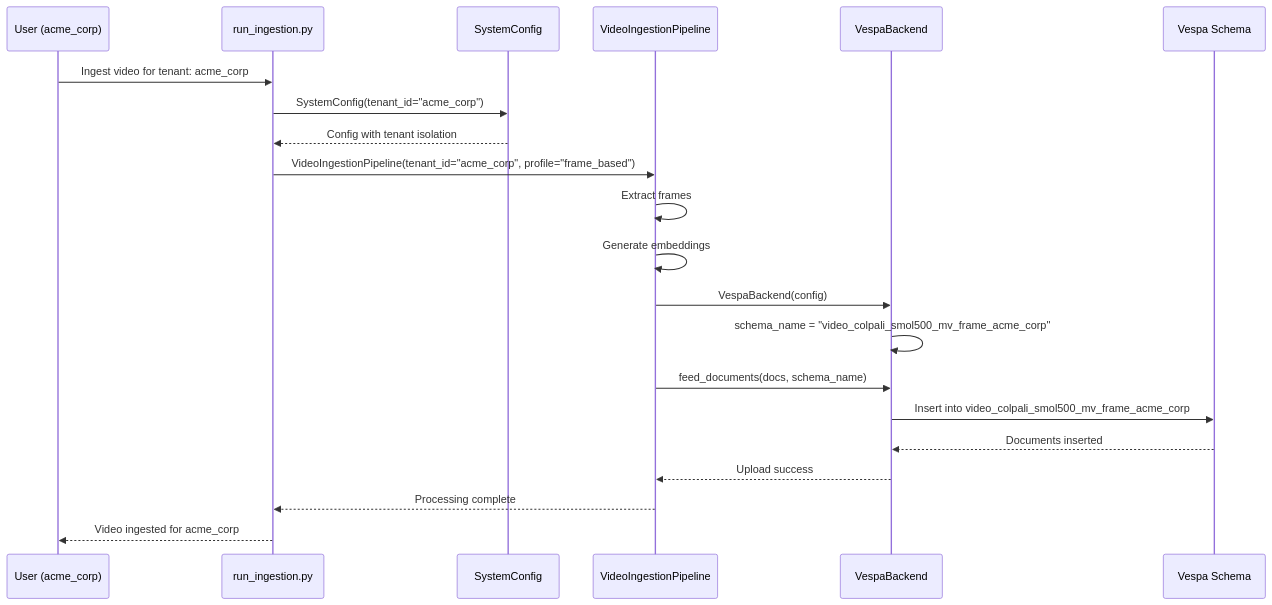
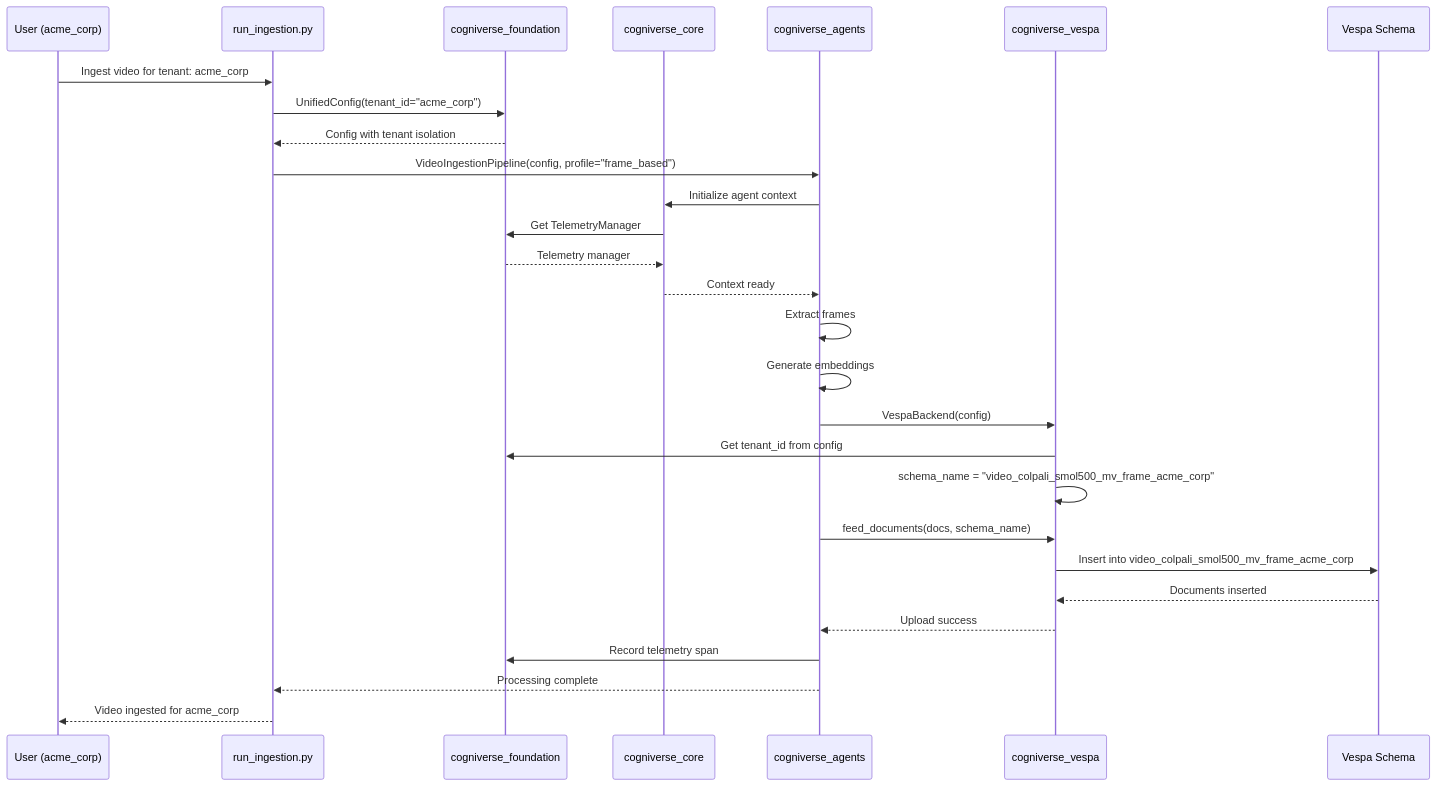
The sixth of 18 diagrams in docs/diagrams/multi-tenant-diagrams.md (amit-jain/cogniverse), drawn with Mermaid before and after one commit. The commit also changed other lines of this file and 49 other files, not shown here.

First line of the commit message:
Update all documentation to reflect 10-package architecture

````diff
--- a/docs/diagrams/multi-tenant-diagrams.md
+++ b/docs/diagrams/multi-tenant-diagrams.md
@@ -262,29 +274,37 @@
 ```mermaid
 sequenceDiagram
     participant User as User (acme_corp)
     participant Script as run_ingestion.py
-    participant Config as SystemConfig
-    participant Pipeline as VideoIngestionPipeline
-    participant Vespa as VespaBackend
+    participant Foundation as cogniverse_foundation
+    participant Core as cogniverse_core
+    participant Agents as cogniverse_agents
+    participant Vespa as cogniverse_vespa
     participant Schema as Vespa Schema
 
     User->>Script: Ingest video for tenant: acme_corp
 
-    Script->>Config: SystemConfig(tenant_id="acme_corp")
-    Config-->>Script: Config with tenant isolation
+    Script->>Foundation: UnifiedConfig(tenant_id="acme_corp")
+    Foundation-->>Script: Config with tenant isolation
 
-    Script->>Pipeline: VideoIngestionPipeline(tenant_id="acme_corp", profile="frame_based")
-    Pipeline->>Pipeline: Extract frames
-    Pipeline->>Pipeline: Generate embeddings
+    Script->>Agents: VideoIngestionPipeline(config, profile="frame_based")
+    Agents->>Core: Initialize agent context
+    Core->>Foundation: Get TelemetryManager
+    Foundation-->>Core: Telemetry manager
+    Core-->>Agents: Context ready
 
-    Pipeline->>Vespa: VespaBackend(config)
+    Agents->>Agents: Extract frames
+    Agents->>Agents: Generate embeddings
+
+    Agents->>Vespa: VespaBackend(config)
+    Vespa->>Foundation: Get tenant_id from config
     Vespa->>Vespa: schema_name = "video_colpali_smol500_mv_frame_acme_corp"
 
-    Pipeline->>Vespa: feed_documents(docs, schema_name)
+    Agents->>Vespa: feed_documents(docs, schema_name)
     Vespa->>Schema: Insert into video_colpali_smol500_mv_frame_acme_corp
     Schema-->>Vespa: Documents inserted
 
-    Vespa-->>Pipeline: Upload success
-    Pipeline-->>Script: Processing complete
+    Vespa-->>Agents: Upload success
+    Agents->>Foundation: Record telemetry span
+    Agents-->>Script: Processing complete
     Script-->>User: Video ingested for acme_corp
 ```
````
